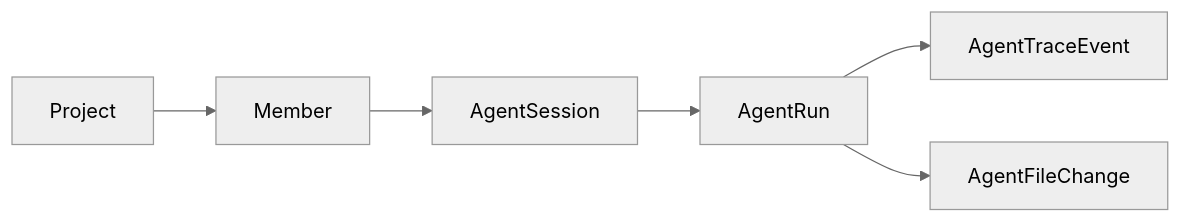
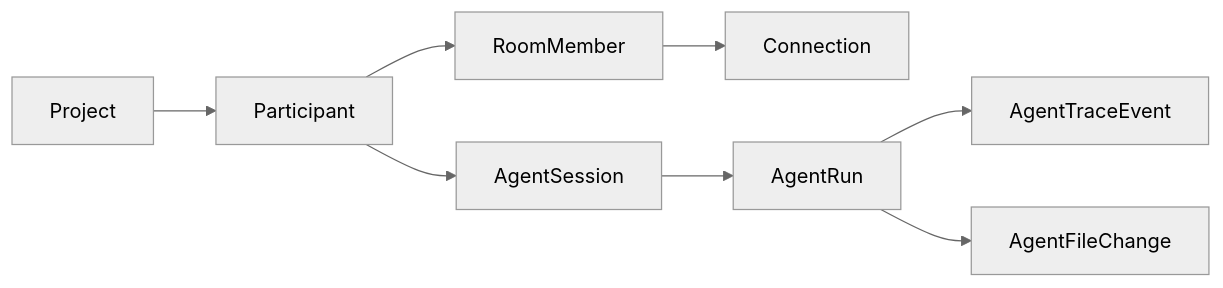
Before and after one commit to Baokker/SimpleRCPv2: the diagram in docs/product/2026-09-19-agent-sessions.md, drawn with Mermaid (neutral theme). The commit also changed other lines of this file and 24 other files, not shown here.

````diff
--- a/docs/product/2026-09-19-agent-sessions.md
+++ b/docs/product/2026-09-19-agent-sessions.md
@@ -9,8 +9,10 @@
 ```mermaid
 flowchart LR
-  Project --> Member
-  Member --> AgentSession
+  Project --> Participant
+  Participant --> AgentSession
+  Participant --> RoomMember
+  RoomMember --> Connection
   AgentSession --> AgentRun
   AgentRun --> AgentTraceEvent
   AgentRun --> AgentFileChange
 ```
````
